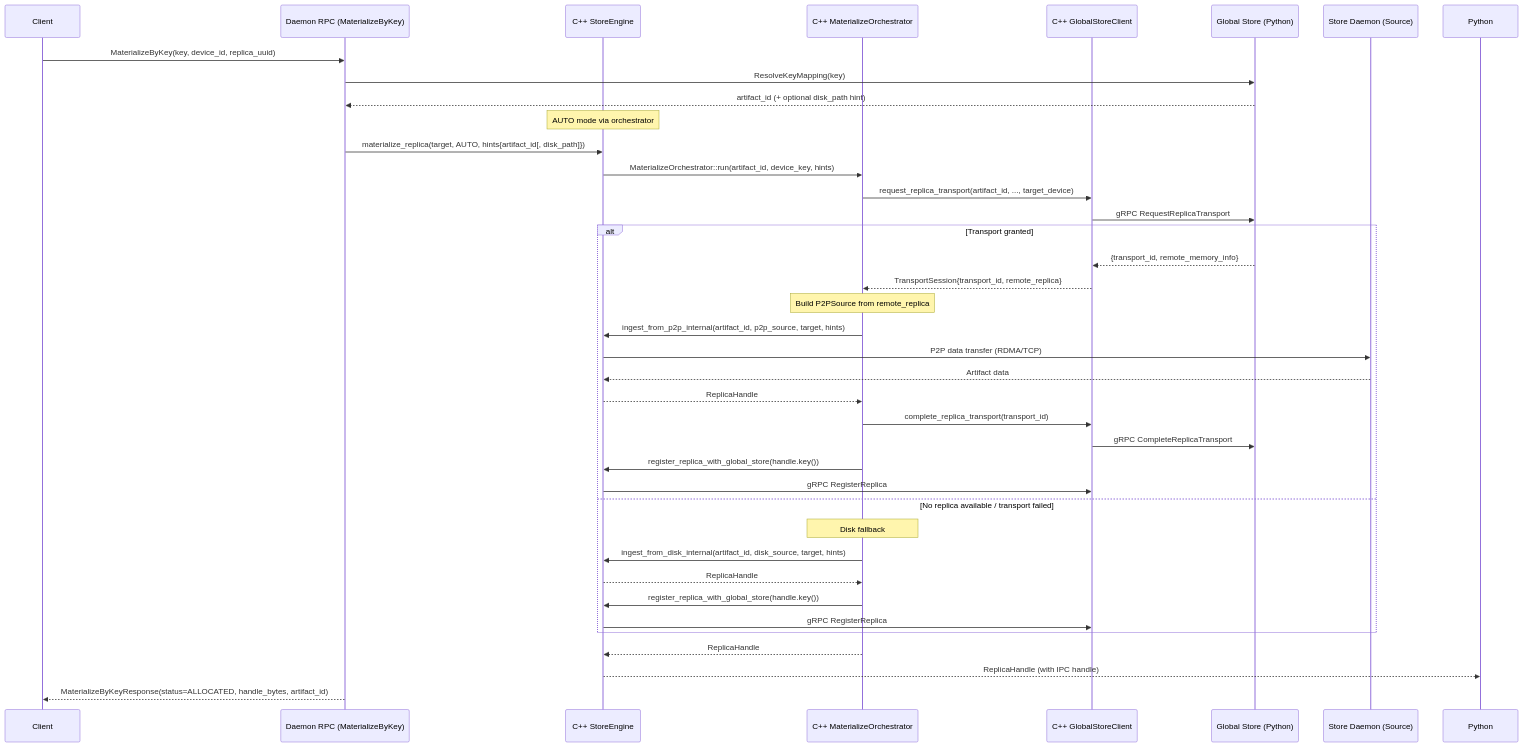
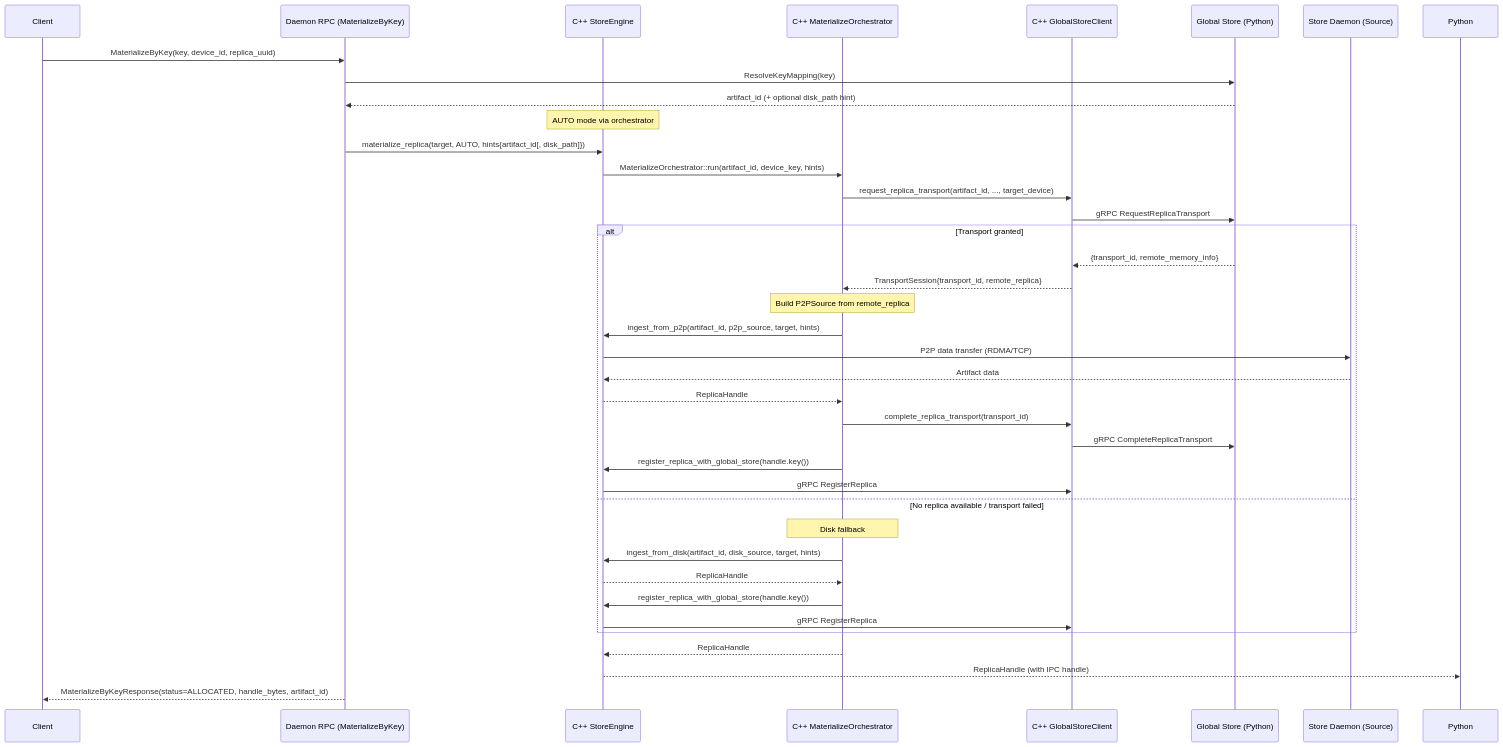
Before and after one commit to tensorcast-ai/tensorcast: the second of 2 diagrams in docs/architecture/p2p-transfer-strategies.md, drawn with Mermaid. The commit also changed other lines of this file and 21 other files, not shown here.

````diff
--- a/docs/architecture/p2p-transfer-strategies.md
+++ b/docs/architecture/p2p-transfer-strategies.md
@@ -206,52 +206,52 @@
 ```mermaid
 sequenceDiagram
     participant Client
     participant RPC as Daemon RPC (MaterializeByKey)
     participant CS as C++ StoreEngine
     participant PO as C++ MaterializeOrchestrator
     participant GSC as C++ GlobalStoreClient
     participant GS as Global Store (Python)
     participant SD_Source as Store Daemon (Source)
 
     Client->>RPC: MaterializeByKey(key, device_id, replica_uuid)
     RPC->>GS: ResolveKeyMapping(key)
     GS-->>RPC: artifact_id (+ optional disk_path hint)
 
     Note over CS: AUTO mode via orchestrator
     RPC->>CS: materialize_replica(target, AUTO, hints{artifact_id[, disk_path]})
     CS->>PO: MaterializeOrchestrator::run(artifact_id, device_key, hints)
 
     %% --- P2P transfer attempt ------------------------------------------------
     PO->>GSC: request_replica_transport(artifact_id, ..., target_device)
     GSC->>GS: gRPC RequestReplicaTransport
 
     alt Transport granted
         GS-->>GSC: {transport_id, remote_memory_info}
         GSC-->>PO: TransportSession{transport_id, remote_replica}
 
         Note over PO: Build P2PSource from remote_replica
-        PO->>CS: ingest_from_p2p_internal(artifact_id, p2p_source, target, hints)
+        PO->>CS: ingest_from_p2p(artifact_id, p2p_source, target, hints)
 
         CS->>SD_Source: P2P data transfer (RDMA/TCP)
         SD_Source-->>CS: Artifact data
 
         CS-->>PO: ReplicaHandle
 
         PO->>GSC: complete_replica_transport(transport_id)
         GSC->>GS: gRPC CompleteReplicaTransport
 
         PO->>CS: register_replica_with_global_store(handle.key())
         CS->>GSC: gRPC RegisterReplica
     else No replica available / transport failed
         Note over PO: Disk fallback
-        PO->>CS: ingest_from_disk_internal(artifact_id, disk_source, target, hints)
+        PO->>CS: ingest_from_disk(artifact_id, disk_source, target, hints)
         CS-->>PO: ReplicaHandle
 
         PO->>CS: register_replica_with_global_store(handle.key())
         CS->>GSC: gRPC RegisterReplica
     end
 
     PO-->>CS: ReplicaHandle
     CS-->>Python: ReplicaHandle (with IPC handle)
     RPC-->>Client: MaterializeByKeyResponse(status=ALLOCATED, handle_bytes, artifact_id)
 ```
````
